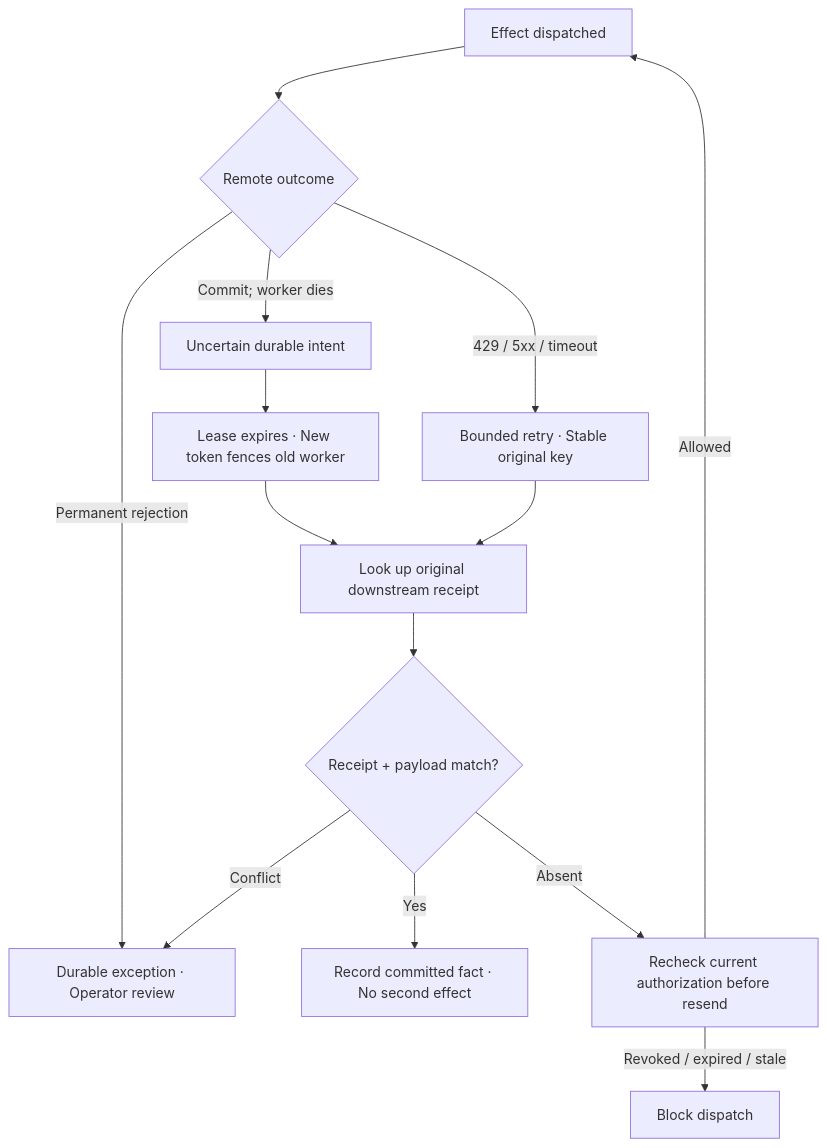
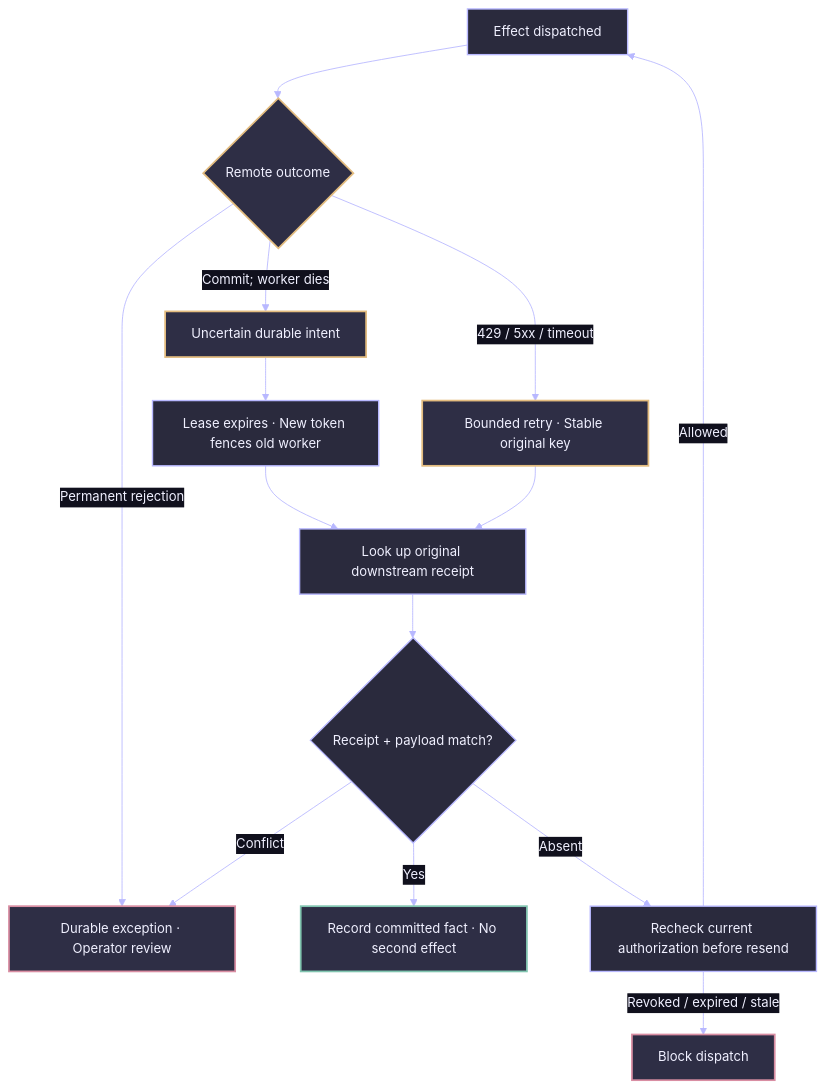
Before and after one commit to rlbsem/enterprise-martech-ai-control-plane: the diagram in docs/diagrams/05-failure-recovery.mmd, drawn with Mermaid. The commit also changed 17 other files, not shown here.

First line of the commit message:
Brand architecture diagrams with Groundbreakers visual system (#3)

```diff
--- a/docs/diagrams/05-failure-recovery.mmd
+++ b/docs/diagrams/05-failure-recovery.mmd
@@ -1,14 +1,23 @@
+%%{init: {"theme":"base","themeVariables":{"background":"#10101D","primaryColor":"#2A2A3D","primaryTextColor":"#F0F0FF","primaryBorderColor":"#7C7CAF","lineColor":"#B8B8FF","textColor":"#F0F0FF","secondaryColor":"#181825","tertiaryColor":"#2E2E45","fontFamily":"IBM Plex Sans, Arial, sans-serif","fontSize":"15px","edgeLabelBackground":"#10101D"}}}%%
 flowchart TD
   Start["Effect dispatched"] --> Outcome{"Remote outcome"}
   Outcome -->|"429 / 5xx / timeout"| Retry["Bounded retry · Stable original key"]
   Outcome -->|"Permanent rejection"| Dead["Durable exception · Operator review"]
   Outcome -->|"Commit; worker dies"| Unknown["Uncertain durable intent"]
   Unknown --> Lease["Lease expires · New token fences old worker"]
   Lease --> Lookup["Look up original downstream receipt"]
   Retry --> Lookup
   Lookup --> Match{"Receipt + payload match?"}
   Match -->|Yes| Ack["Record committed fact · No second effect"]
   Match -->|Absent| Recheck["Recheck current authorization before resend"]
   Match -->|Conflict| Dead
   Recheck -->|"Revoked / expired / stale"| Block["Block dispatch"]
   Recheck -->|Allowed| Start
+  classDef control fill:#2A2A3D,stroke:#B8B8FF,color:#F0F0FF,stroke-width:1.6px
+  classDef uncertain fill:#2E2E45,stroke:#E3BC7F,color:#F0F0FF,stroke-width:2px
+  classDef exception fill:#2E2E45,stroke:#D98EA3,color:#F0F0FF,stroke-width:2px
+  classDef verified fill:#2E2E45,stroke:#81C5B0,color:#F0F0FF,stroke-width:2px
+  class Start,Lease,Lookup,Recheck,Match control
+  class Outcome,Retry,Unknown uncertain
+  class Dead,Block exception
+  class Ack verified
```
